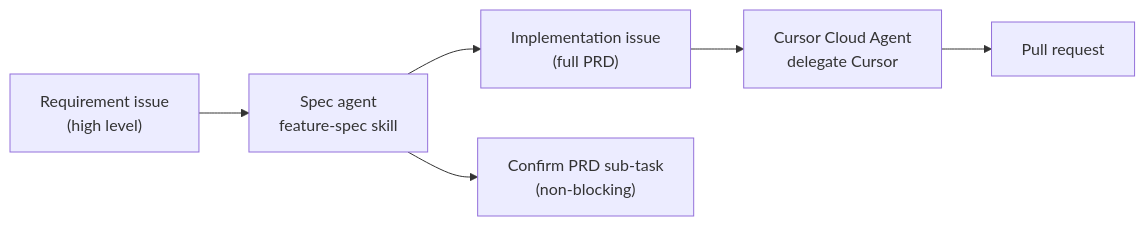
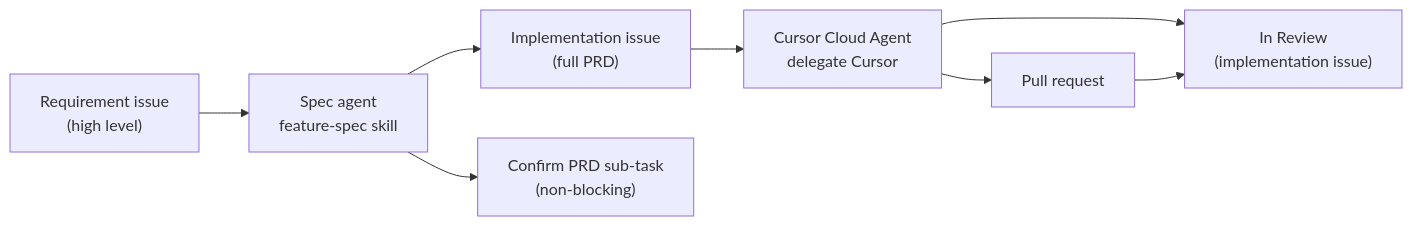
The diagram in .cursor/skills/feature-spec/WORKFLOW.md (masumi-network/sokosumi), drawn with Mermaid before and after one commit. The commit also changed other lines of this file and 4 other files, not shown here.

First line of the commit message:
feat(cursor): set implementation issues to In Review when Cursor finishes

````diff
--- a/.cursor/skills/feature-spec/WORKFLOW.md
+++ b/.cursor/skills/feature-spec/WORKFLOW.md
@@ -5,8 +5,10 @@
 ```mermaid
 flowchart LR
   req["Requirement issue\n(high level)"] --> specAgent["Spec agent\nfeature-spec skill"]
   specAgent --> impl["Implementation issue\n(full PRD)"]
   specAgent --> confirm["Confirm PRD sub-task\n(non-blocking)"]
   impl --> cursor["Cursor Cloud Agent\ndelegate Cursor"]
   cursor --> pr["Pull request"]
+  cursor --> review["In Review\n(implementation issue)"]
+  pr --> review
 ```
````
